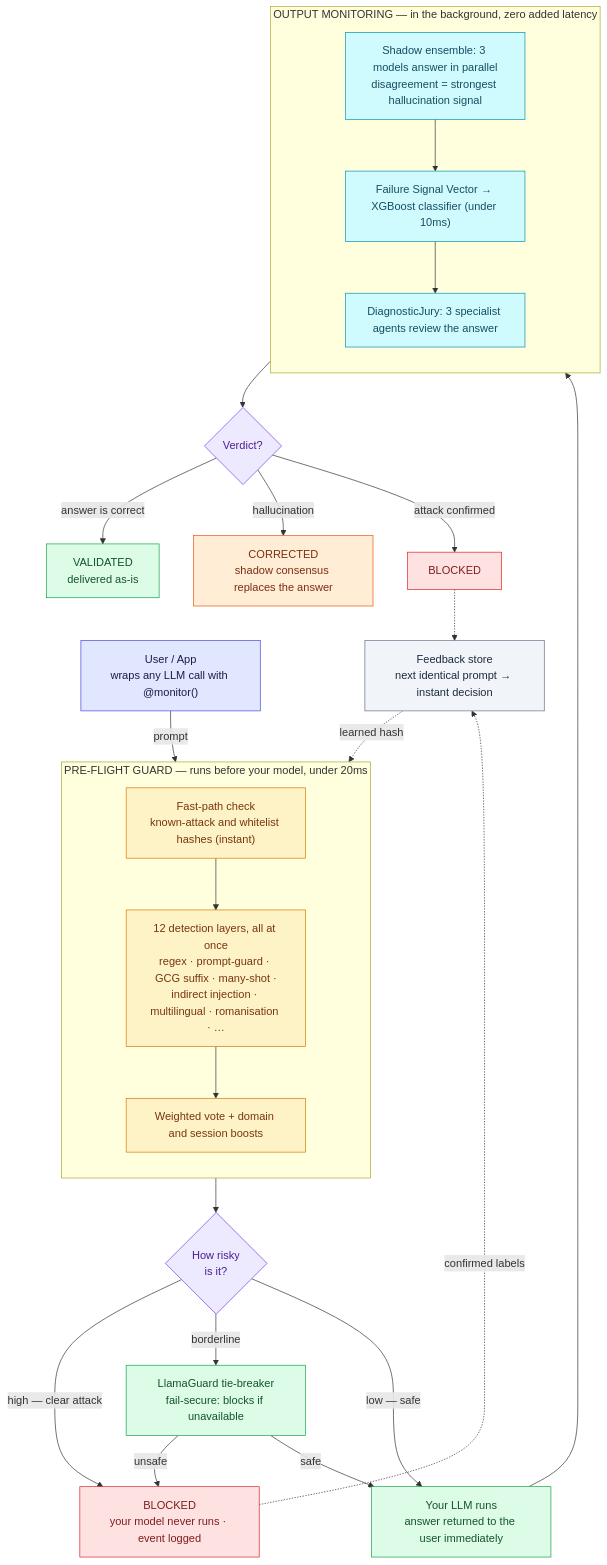
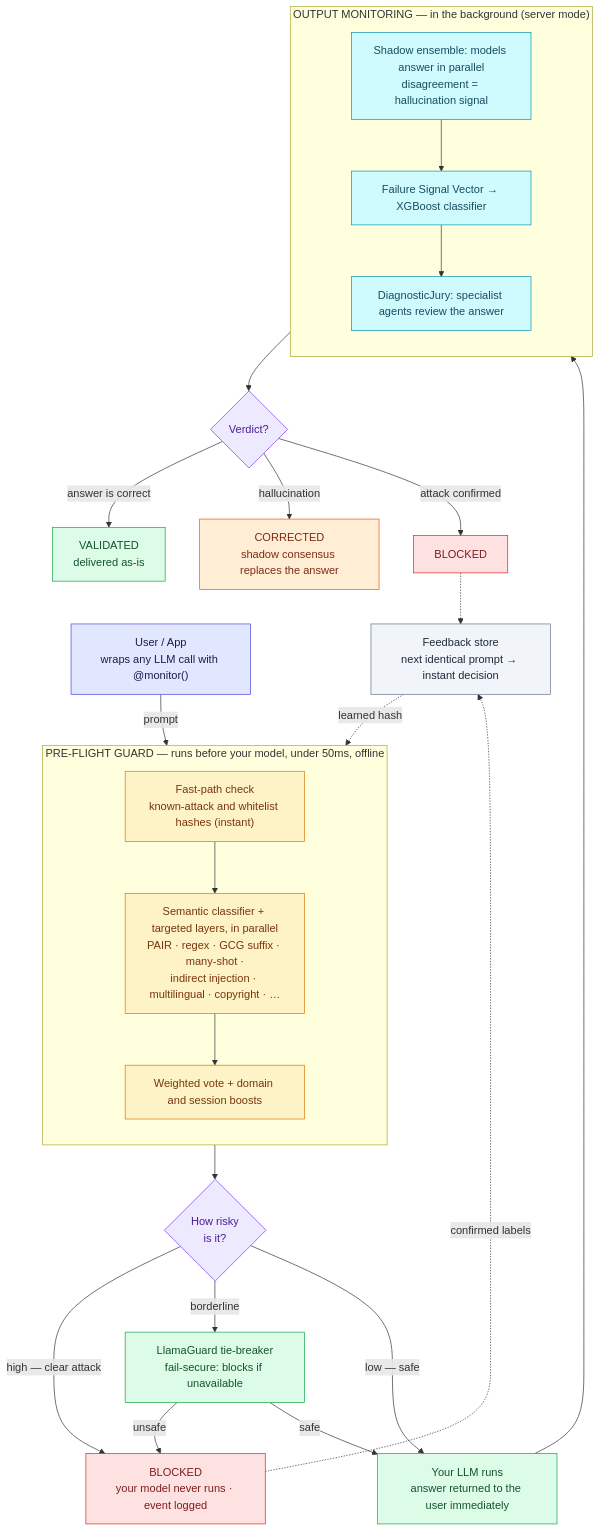
The diagram in README.md (AyushSingh110/Failure_Intelligence_System), drawn with Mermaid before and after one commit. The commit also changed other lines of this file and 5 other files, not shown here.

````diff
--- a/README.md
+++ b/README.md
@@ -801,58 +24,58 @@
 ```mermaid
 flowchart TD
     U["User / App<br/>wraps any LLM call with @monitor()"]
     U -->|prompt| FP
 
-    subgraph GUARD["PRE-FLIGHT GUARD — runs before your model, under 20ms"]
+    subgraph GUARD["PRE-FLIGHT GUARD — runs before your model, under 50ms, offline"]
         direction TB
         FP["Fast-path check<br/>known-attack and whitelist hashes (instant)"]
-        L["12 detection layers, all at once<br/>regex · prompt-guard · GCG suffix · many-shot ·<br/>indirect injection · multilingual · romanisation · …"]
+        L["Semantic classifier + targeted layers, in parallel<br/>PAIR · regex · GCG suffix · many-shot ·<br/>indirect injection · multilingual · copyright · …"]
         AGG["Weighted vote + domain and session boosts"]
         FP --> L --> AGG
     end
 
     AGG --> ROUTE{"How risky<br/>is it?"}
     ROUTE -->|"high — clear attack"| BLOCK["BLOCKED<br/>your model never runs · event logged"]
     ROUTE -->|"borderline"| LG["LlamaGuard tie-breaker<br/>fail-secure: blocks if unavailable"]
     ROUTE -->|"low — safe"| LLM
     LG -->|unsafe| BLOCK
     LG -->|safe| LLM
 
     LLM["Your LLM runs<br/>answer returned to the user immediately"]
     LLM --> MON
 
-    subgraph MON["OUTPUT MONITORING — in the background, zero added latency"]
+    subgraph MON["OUTPUT MONITORING — in the background (server mode)"]
         direction TB
-        SHADOW["Shadow ensemble: 3 models answer in parallel<br/>disagreement = strongest hallucination signal"]
-        FSV["Failure Signal Vector → XGBoost classifier (under 10ms)"]
-        JURY["DiagnosticJury: 3 specialist agents review the answer"]
+        SHADOW["Shadow ensemble: models answer in parallel<br/>disagreement = hallucination signal"]
+        FSV["Failure Signal Vector → XGBoost classifier"]
+        JURY["DiagnosticJury: specialist agents review the answer"]
         SHADOW --> FSV --> JURY
     end
 
     MON --> OUT{"Verdict?"}
     OUT -->|"answer is correct"| VAL["VALIDATED<br/>delivered as-is"]
     OUT -->|"hallucination"| COR["CORRECTED<br/>shadow consensus replaces the answer"]
     OUT -->|"attack confirmed"| BLK2["BLOCKED"]
 
     BLOCK -.confirmed labels.-> FB["Feedback store<br/>next identical prompt → instant decision"]
     BLK2 -.-> FB
     FB -.learned hash.-> FP
 
     classDef user   fill:#e0e7ff,stroke:#4f46e5,color:#1e1b4b;
     classDef guard  fill:#fef3c7,stroke:#d97706,color:#78350f;
     classDef gate   fill:#ede9fe,stroke:#7c3aed,color:#4c1d95;
     classDef block  fill:#fee2e2,stroke:#dc2626,color:#7f1d1d;
     classDef safe   fill:#dcfce7,stroke:#16a34a,color:#14532d;
     classDef mon    fill:#cffafe,stroke:#0891b2,color:#164e63;
     classDef warn   fill:#ffedd5,stroke:#ea580c,color:#7c2d12;
     classDef store  fill:#f1f5f9,stroke:#64748b,color:#1e293b;
 
     class U user;
     class FP,L,AGG guard;
     class ROUTE,OUT gate;
     class BLOCK,BLK2 block;
     class LLM,LG,VAL safe;
     class SHADOW,FSV,JURY mon;
     class COR warn;
     class FB store;
 ```
````
